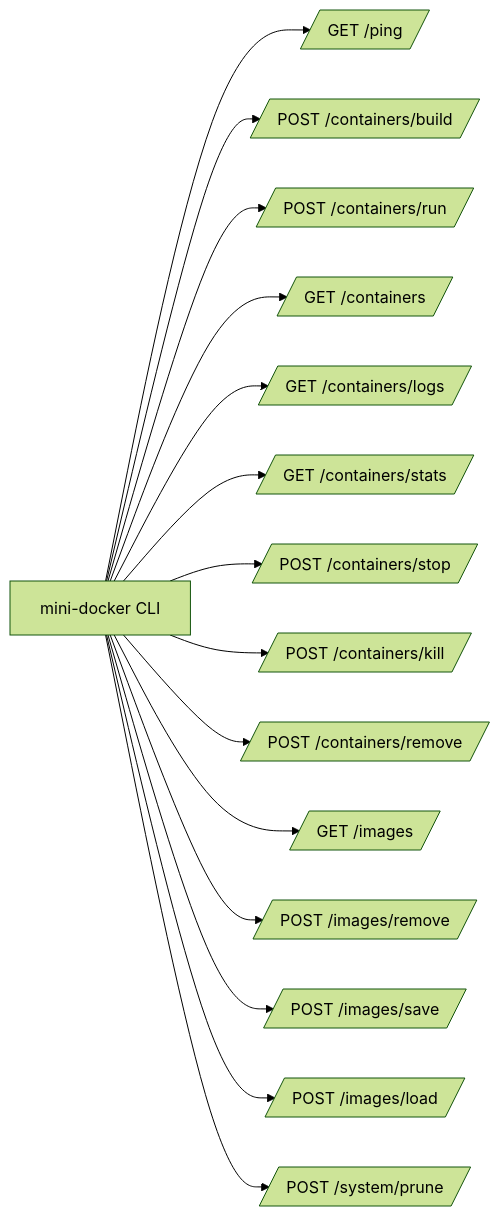
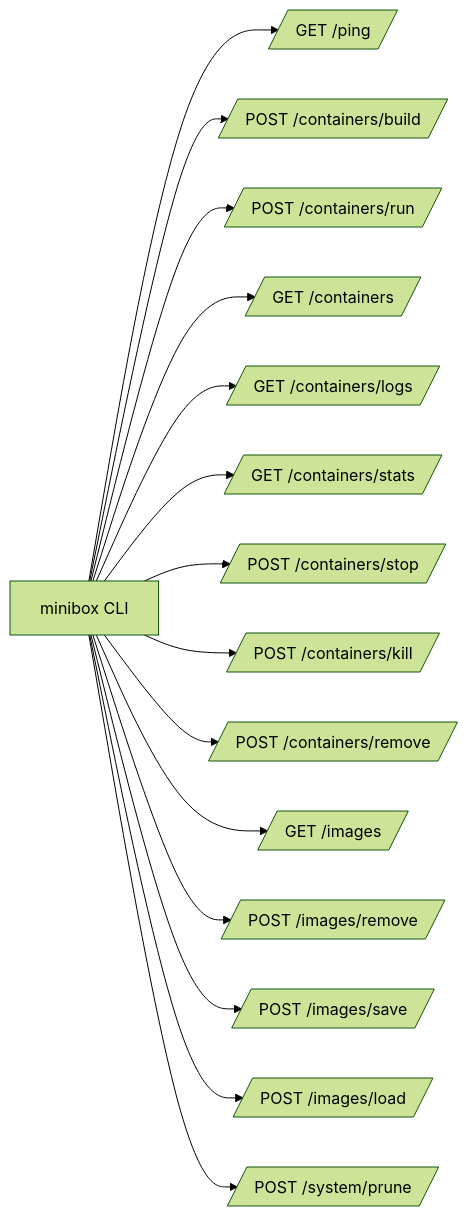
One commit to chaitu426/minibox changed diagram 11 of 11 in docs/ARCHITECTURE_DIAGRAMS.md. Above: the diagram before and after it, drawn with Mermaid (forest theme). The commit also changed other lines of this file and 28 other files, not shown here.

````diff
--- a/docs/ARCHITECTURE_DIAGRAMS.md
+++ b/docs/ARCHITECTURE_DIAGRAMS.md
@@ -275,17 +275,17 @@
 ```mermaid
 flowchart LR
-    CLI[mini-docker CLI] --> PING[/GET /ping/]
+    CLI[minibox CLI] --> PING[/GET /ping/]
     CLI --> BUILD[/POST /containers/build/]
     CLI --> RUN[/POST /containers/run/]
     CLI --> LISTC[/GET /containers/]
     CLI --> LOGS[/GET /containers/logs/]
     CLI --> STATS[/GET /containers/stats/]
     CLI --> STOP[/POST /containers/stop/]
     CLI --> KILL[/POST /containers/kill/]
     CLI --> RM[/POST /containers/remove/]
     CLI --> IMGS[/GET /images/]
     CLI --> RMI[/POST /images/remove/]
     CLI --> SAVE[/POST /images/save/]
     CLI --> LOAD[/POST /images/load/]
     CLI --> PRUNE[/POST /system/prune/]
 ```
````
